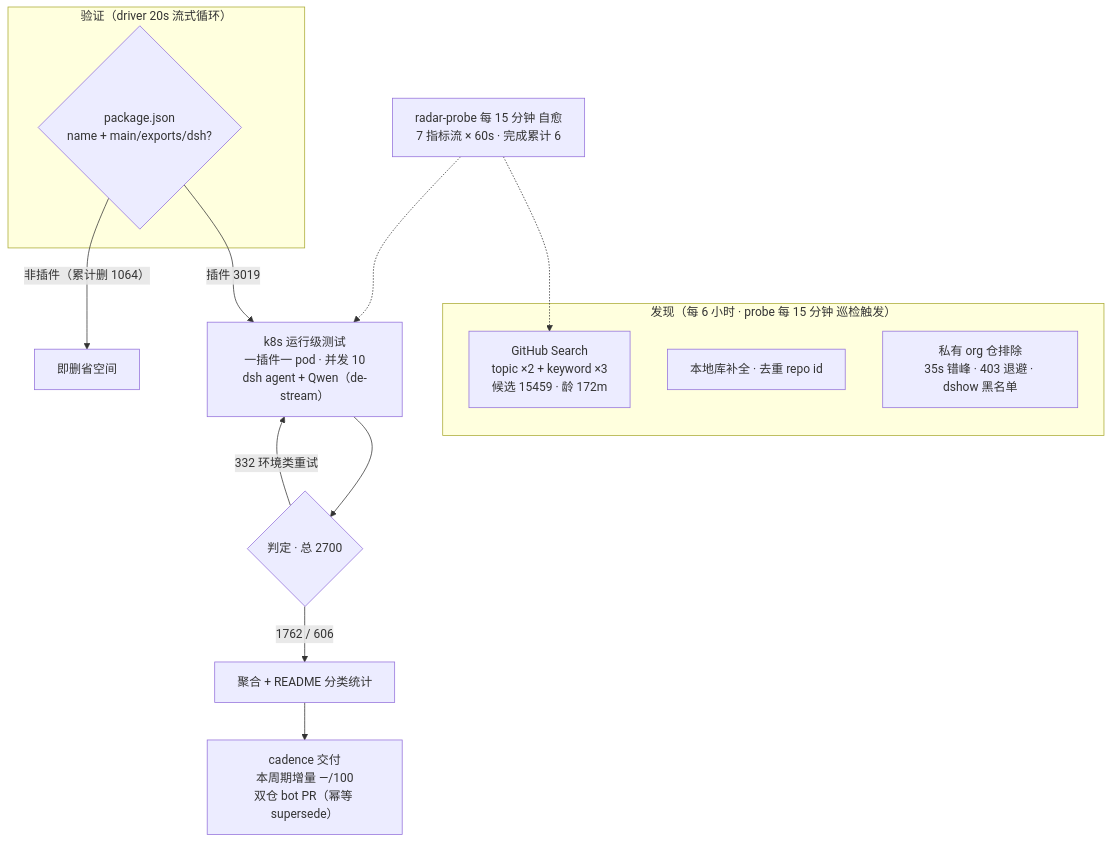
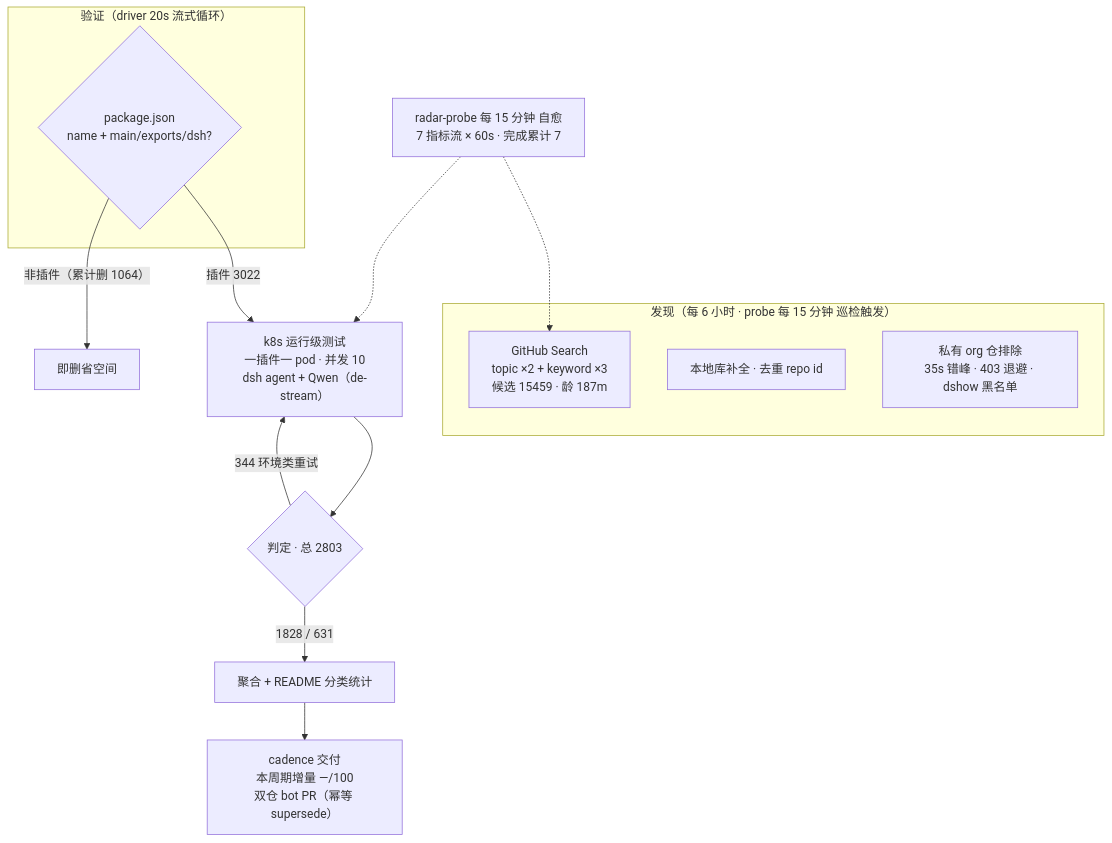
The diagram in README.md (Zhidao-Lab-OSS/awesome-dsh-plugins), drawn with Mermaid before and after one commit. The commit also changed other lines of this file and 1 other file, not shown here.

````diff
--- a/README.md
+++ b/README.md
@@ -37,20 +37,20 @@
 ```mermaid
 flowchart TB
     subgraph Discovery["发现（每 6 小时 · probe 每 15 分钟 巡检触发）"]
-        A1["GitHub Search<br/>topic ×2 + keyword ×3<br/>候选 15459 · 龄 172m"]
+        A1["GitHub Search<br/>topic ×2 + keyword ×3<br/>候选 15459 · 龄 187m"]
         A2["本地库补全 · 去重 repo id"]
         A3["私有 org 仓排除<br/>35s 错峰 · 403 退避 · dshow 黑名单"]
     end
     subgraph Validation["验证（driver 20s 流式循环）"]
         B1{"package.json<br/>name + main/exports/dsh?"}
     end
-    B1 -->|"插件 3019"| C1["k8s 运行级测试<br/>一插件一 pod · 并发 10<br/>dsh agent + Qwen（de-stream）"]
+    B1 -->|"插件 3022"| C1["k8s 运行级测试<br/>一插件一 pod · 并发 10<br/>dsh agent + Qwen（de-stream）"]
     B1 -->|"非插件（累计删 1064）"| B3["即删省空间"]
-    C1 --> D1{"判定 · 总 2700"}
-    D1 -->|"1762 / 606"| E1["聚合 + README 分类统计"]
-    D1 -->|"332 环境类重试"| C1
+    C1 --> D1{"判定 · 总 2803"}
+    D1 -->|"1828 / 631"| E1["聚合 + README 分类统计"]
+    D1 -->|"344 环境类重试"| C1
     E1 --> E2["cadence 交付<br/>本周期增量 —/100<br/>双仓 bot PR（幂等 supersede）"]
-    M["radar-probe 每 15 分钟 自愈<br/>7 指标流 × 60s · 完成累计 6"]
+    M["radar-probe 每 15 分钟 自愈<br/>7 指标流 × 60s · 完成累计 7"]
     M -.-> A1
     M -.-> C1
 ```
````
